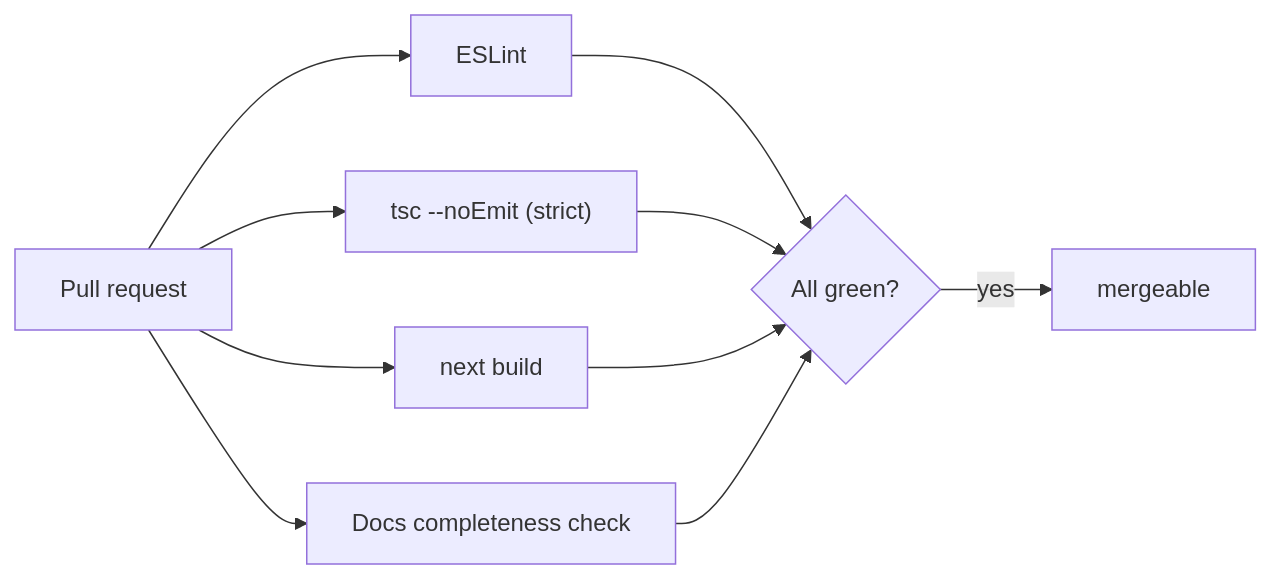
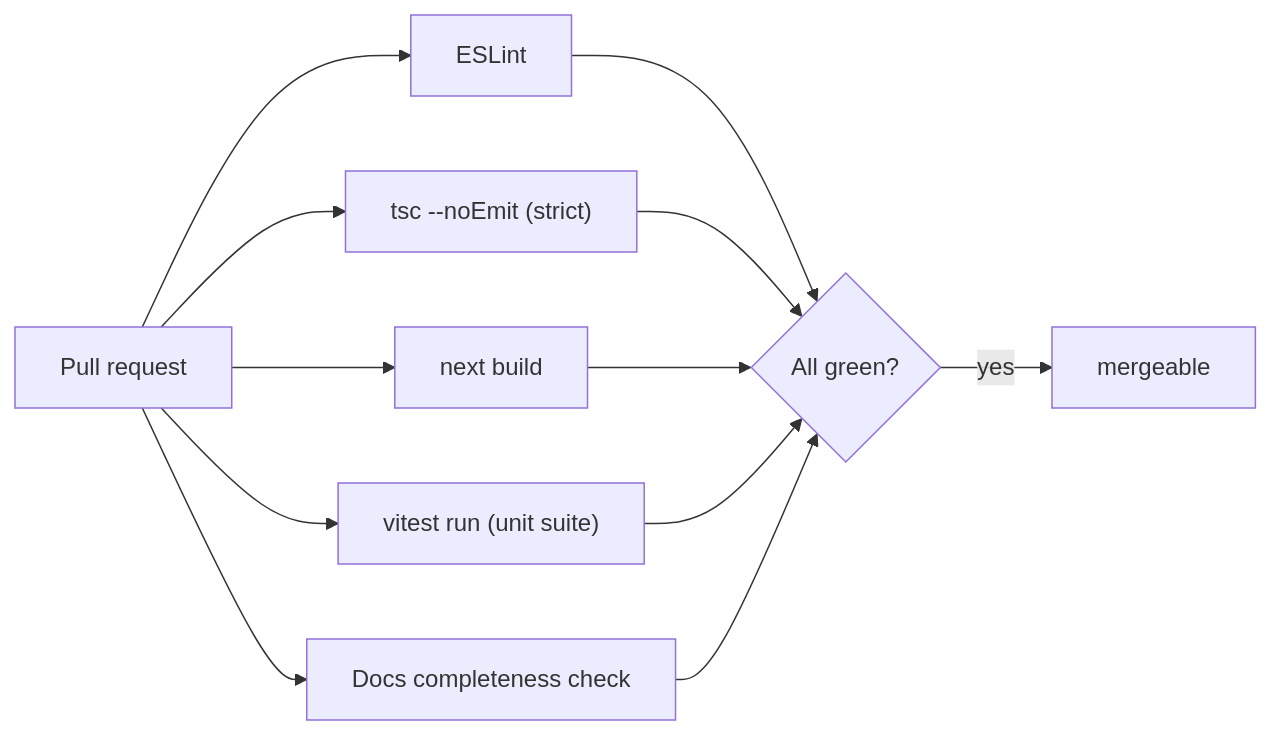
The diagram in docs/testing/README.md (markdconnelly/ImperionCRM), drawn with Mermaid before and after one commit. The commit also changed other lines of this file and 1 other file, not shown here.

Commit message:
ci: run the vitest suite as a required PR check (#188)

````diff
--- a/docs/testing/README.md
+++ b/docs/testing/README.md
@@ -10,9 +10,10 @@
 ```mermaid
 flowchart LR
     PR["Pull request"] --> LINT["ESLint"]
     PR --> TYPES["tsc --noEmit (strict)"]
     PR --> BUILD["next build"]
+    PR --> TEST["vitest run (unit suite)"]
     PR --> DOCS["Docs completeness check"]
-    LINT & TYPES & BUILD & DOCS --> MERGE{"All green?"}
+    LINT & TYPES & BUILD & TEST & DOCS --> MERGE{"All green?"}
     MERGE -->|yes| OK["mergeable"]
 ```
````
